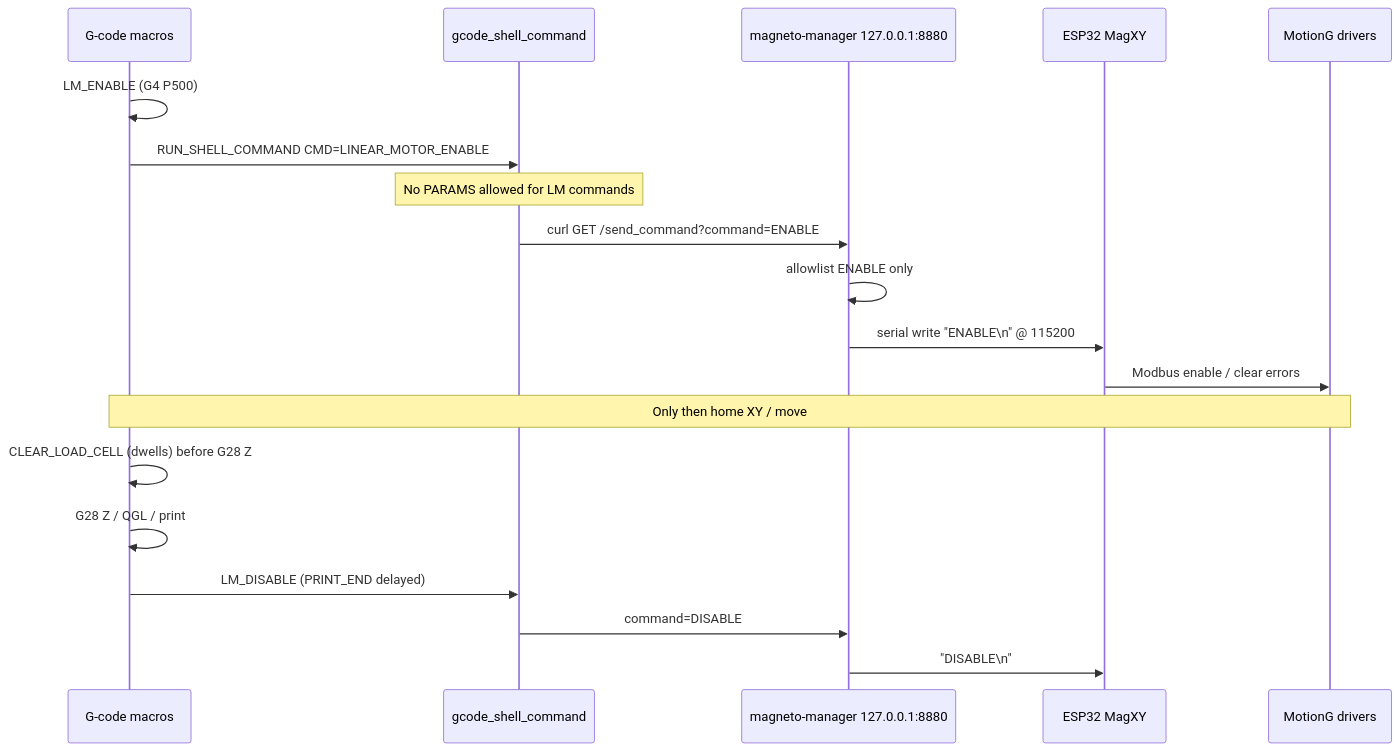
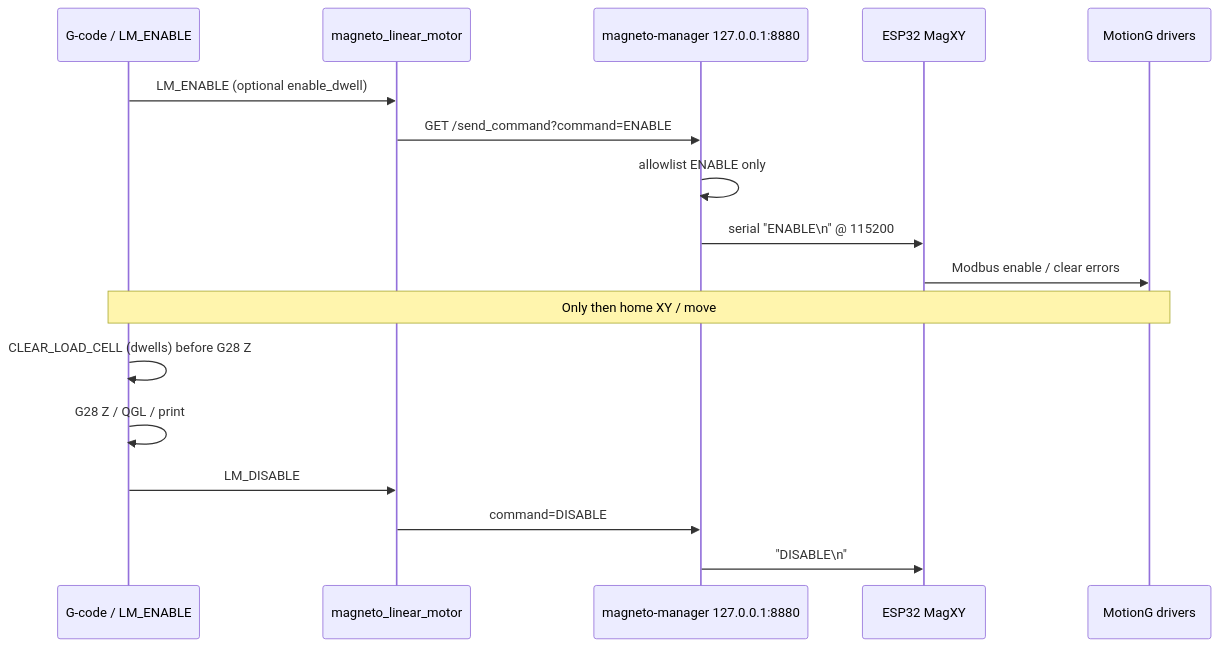
One commit to lmambr2/magneto-x changed the second of 4 diagrams in docs/DESIGN.md. Above: the diagram before and after it, drawn with Mermaid. The commit also changed other lines of this file and 6 other files, not shown here.

````diff
--- a/docs/DESIGN.md
+++ b/docs/DESIGN.md
@@ -208,23 +208,21 @@
 ```mermaid
 sequenceDiagram
-  participant Macro as G-code macros
-  participant Shell as gcode_shell_command
+  participant Macro as G-code / LM_ENABLE
+  participant MLM as magneto_linear_motor
   participant MM as magneto-manager 127.0.0.1:8880
   participant ESP as ESP32 MagXY
   participant DRV as MotionG drivers
 
-  Macro->>Macro: LM_ENABLE (G4 P500)
-  Macro->>Shell: RUN_SHELL_COMMAND CMD=LINEAR_MOTOR_ENABLE
-  Note over Shell: No PARAMS allowed for LM commands
-  Shell->>MM: curl GET /send_command?command=ENABLE
+  Macro->>MLM: LM_ENABLE (optional enable_dwell)
+  MLM->>MM: GET /send_command?command=ENABLE
   MM->>MM: allowlist ENABLE only
-  MM->>ESP: serial write "ENABLE\n" @ 115200
+  MM->>ESP: serial "ENABLE\n" @ 115200
   ESP->>DRV: Modbus enable / clear errors
   Note over Macro,DRV: Only then home XY / move
 
   Macro->>Macro: CLEAR_LOAD_CELL (dwells) before G28 Z
   Macro->>Macro: G28 Z / QGL / print
-  Macro->>Shell: LM_DISABLE (PRINT_END delayed)
-  Shell->>MM: command=DISABLE
+  Macro->>MLM: LM_DISABLE
+  MLM->>MM: command=DISABLE
   MM->>ESP: "DISABLE\n"
 ```
````
